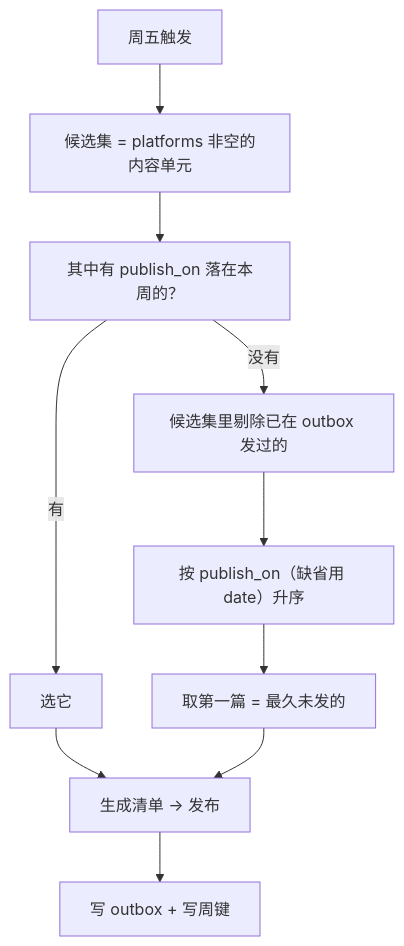
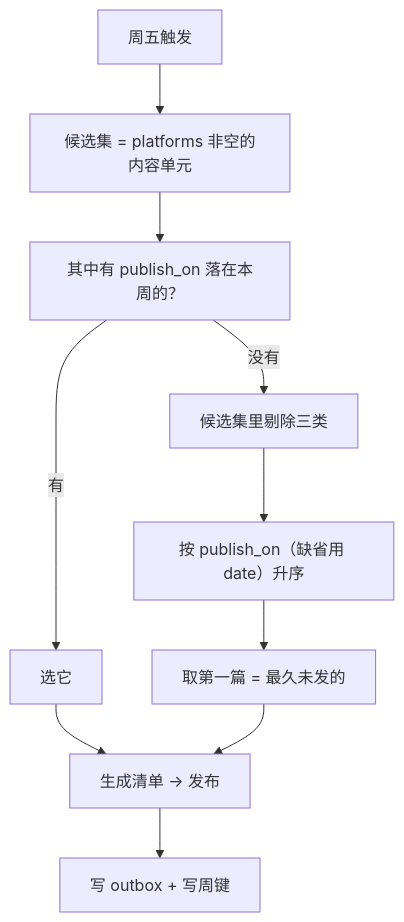
One commit to growdu/blog changed the first of 2 diagrams in publish/spec/06-发布计划与调度.md. Above: the diagram before and after it, drawn with Mermaid. The commit also changed other lines of this file, not shown here.

````diff
--- a/publish/spec/06-发布计划与调度.md
+++ b/publish/spec/06-发布计划与调度.md
@@ -85,12 +86,12 @@
 ```mermaid
 flowchart TD
   A["周五触发"] --> B["候选集 = platforms 非空的内容单元"]
   B --> C["其中有 publish_on 落在本周的？"]
   C -->|有| D["选它"]
-  C -->|没有| E["候选集里剔除已在 outbox 发过的"]
+  C -->|没有| E["候选集里剔除三类"]
   E --> F["按 publish_on（缺省用 date）升序"]
   F --> G["取第一篇 = 最久未发的"]
   D --> H["生成清单 → 发布"]
   G --> H
   H --> I["写 outbox + 写周键"]
 ```
````
